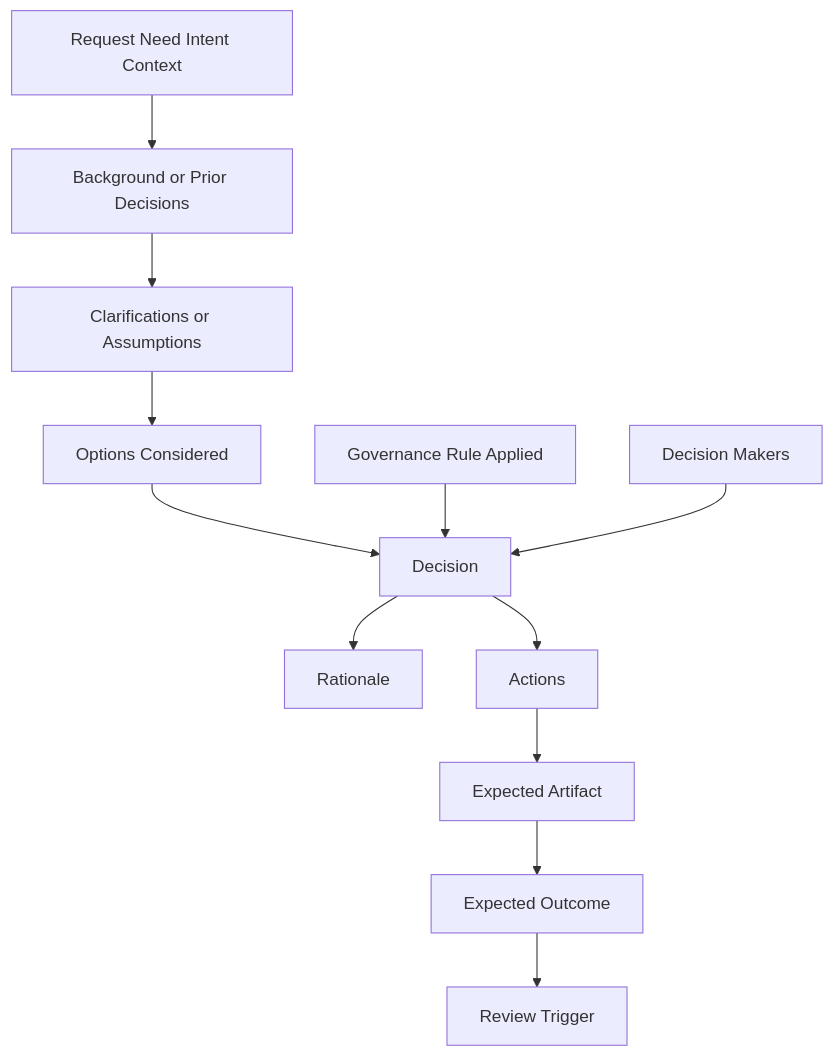
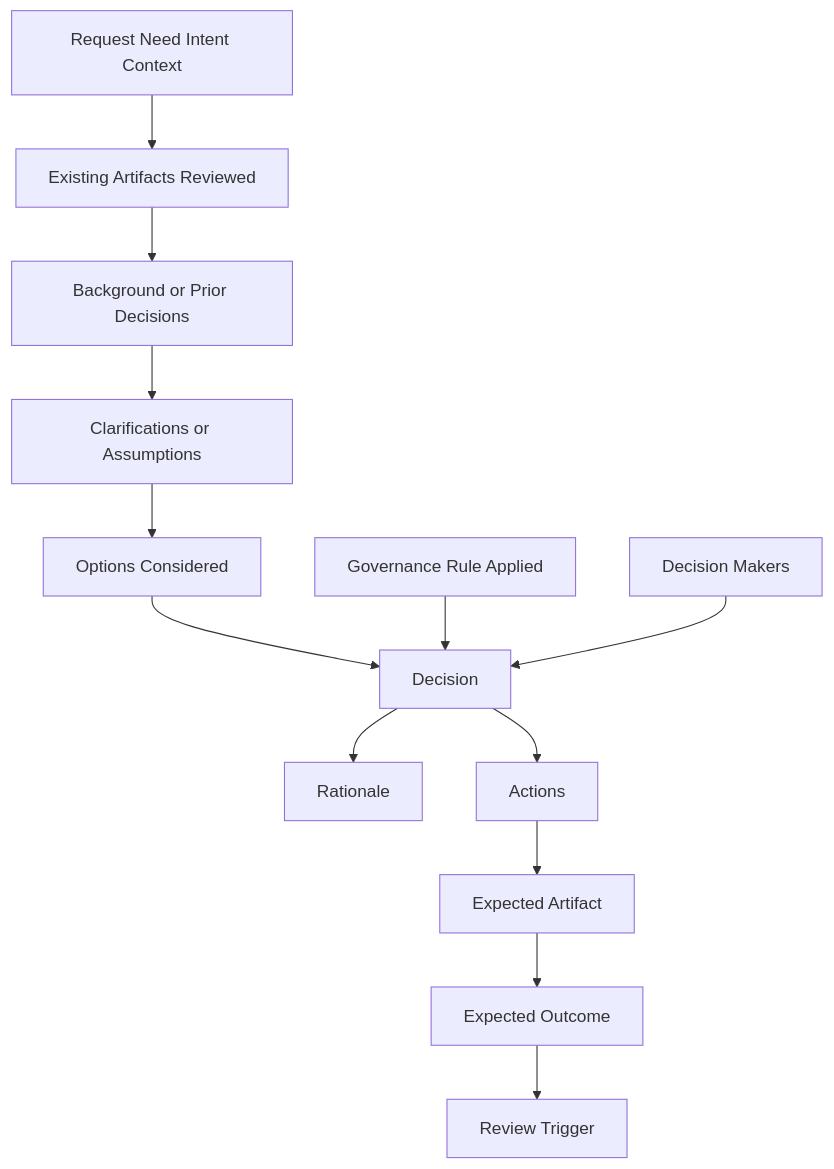
One commit to popcoondev/ai-organization-framework changed the third of 4 diagrams in README.md. Above: the diagram before and after it, drawn with Mermaid. The commit also changed other lines of this file and 7 other files, not shown here.

````diff
--- a/README.md
+++ b/README.md
@@ -385,25 +388,26 @@
 ```mermaid
 flowchart TD
     input[Request Need Intent Context]
+    reviewed[Existing Artifacts Reviewed]
     history[Background or Prior Decisions]
     clarify[Clarifications or Assumptions]
     options[Options Considered]
     gov[Governance Rule Applied]
     deciders[Decision Makers]
     decision[Decision]
     rationale[Rationale]
     actions[Actions]
     artifact[Expected Artifact]
     outcome[Expected Outcome]
     review[Review Trigger]
 
-    input --> history --> clarify --> options
+    input --> reviewed --> history --> clarify --> options
     options --> decision
     gov --> decision
     deciders --> decision
     decision --> rationale
     decision --> actions
     actions --> artifact
     artifact --> outcome
     outcome --> review
 ```
````
